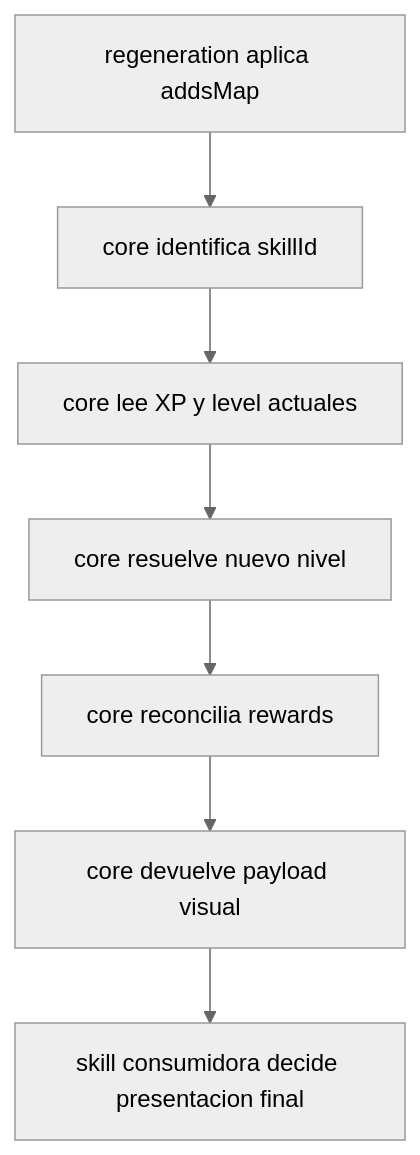
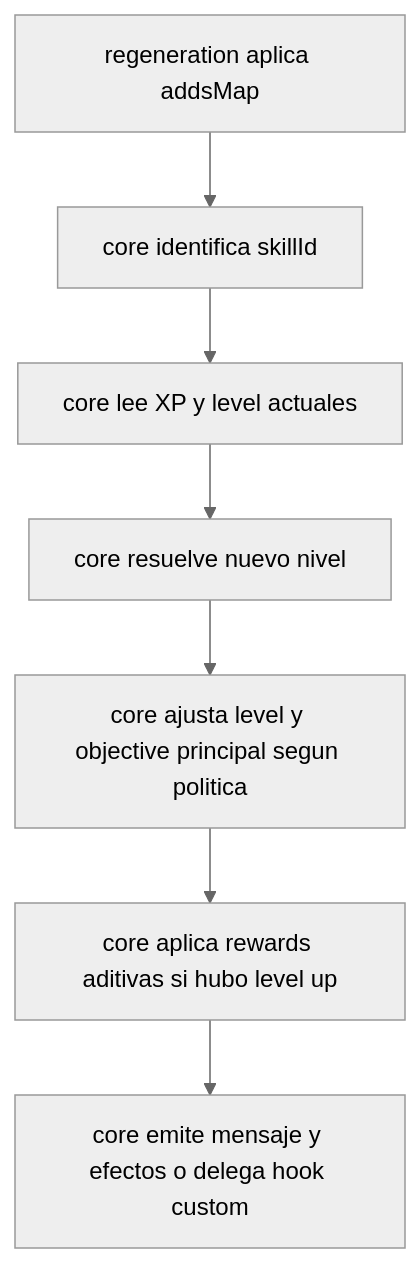
The diagram in Atomic BP/scripts/features/skills/core/README.md (chamberstasis-arch/Atomic-3), drawn with Mermaid (neutral theme) before and after one commit. The commit also changed other lines of this file and 5 other files, not shown here.

````diff
--- a/Atomic BP/scripts/features/skills/core/README.md
+++ b/Atomic BP/scripts/features/skills/core/README.md
@@ -171,9 +185,9 @@
 ```mermaid
 flowchart TD
     A[regeneration aplica addsMap] --> B[core identifica skillId]
     B --> C[core lee XP y level actuales]
     C --> D[core resuelve nuevo nivel]
-    D --> E[core reconcilia rewards]
-    E --> F[core devuelve payload visual]
-    F --> G[skill consumidora decide presentacion final]
+   D --> E[core ajusta level y objective principal segun politica]
+   E --> F[core aplica rewards aditivas si hubo level up]
+   F --> G[core emite mensaje y efectos o delega hook custom]
 ```
````
